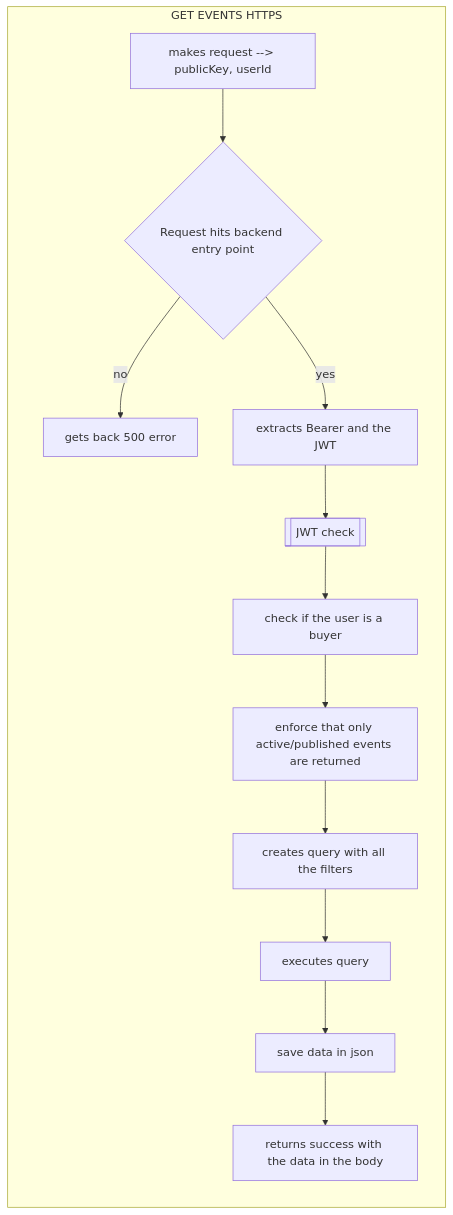
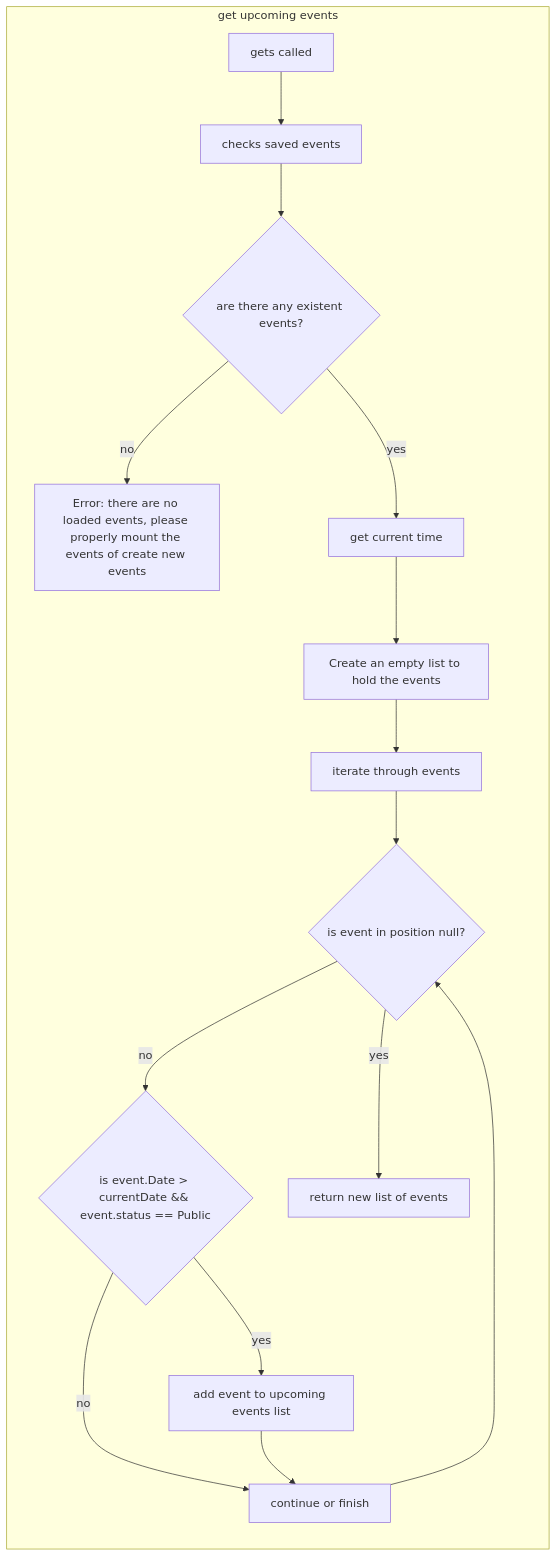
Before and after one commit to Lenninssp/Cannin-Tickets: the fifth of 11 diagrams in docs/dashboard.md, drawn with Mermaid. The commit also changed other lines of this file and 2 other files, not shown here.

````diff
--- a/docs/dashboard.md
+++ b/docs/dashboard.md
@@ -65,18 +72,20 @@
 ```mermaid
 flowchart TD
-  subgraph get_events_http[GET EVENTS HTTPS]
-    direction TB
-    CA["makes request --> publicKey, userId"]
-    CA --> CB{Request hits backend entry point}
-    CB -- no --> CC[gets back 500 error]
-    CB -- yes --> CD[extracts Bearer and the JWT]
-    CD --> CF[[JWT check]]
-    CF --> CG[check if the user is a buyer]
-    CG --> CI[enforce that only active/published events are returned]
-    CI --> CJ[creates query with all the filters]
-    CJ --> CK[executes query]
-    CK --> CL[save data in json]
-    CL --> CM[returns success with the data in the body]
+  subgraph get_upcoming_events[get upcoming events]
+  direction TB
+  A[gets called]
+  A --> B[checks saved events]
+  B --> C{are there any existent events?}
+  C -- no --> Cerr[Error: there are no loaded events, please properly mount the events of create new events]
+  C -- yes --> D[get current time]
+  D --> E[Create an empty list to hold the events]
+  E-->F[iterate through events]
+  F --> FA{is event in position null?}
+  FA -- no --> G{is event.Date > currentDate && event.status == Public}
+  G -- no --> Gno[continue or finish] --> FA
+  G -- yes --> Gyes[add event to upcoming events list] --> Gno
+  FA -- yes --> H[return new list of events]
+
   end
 
 ```
````
